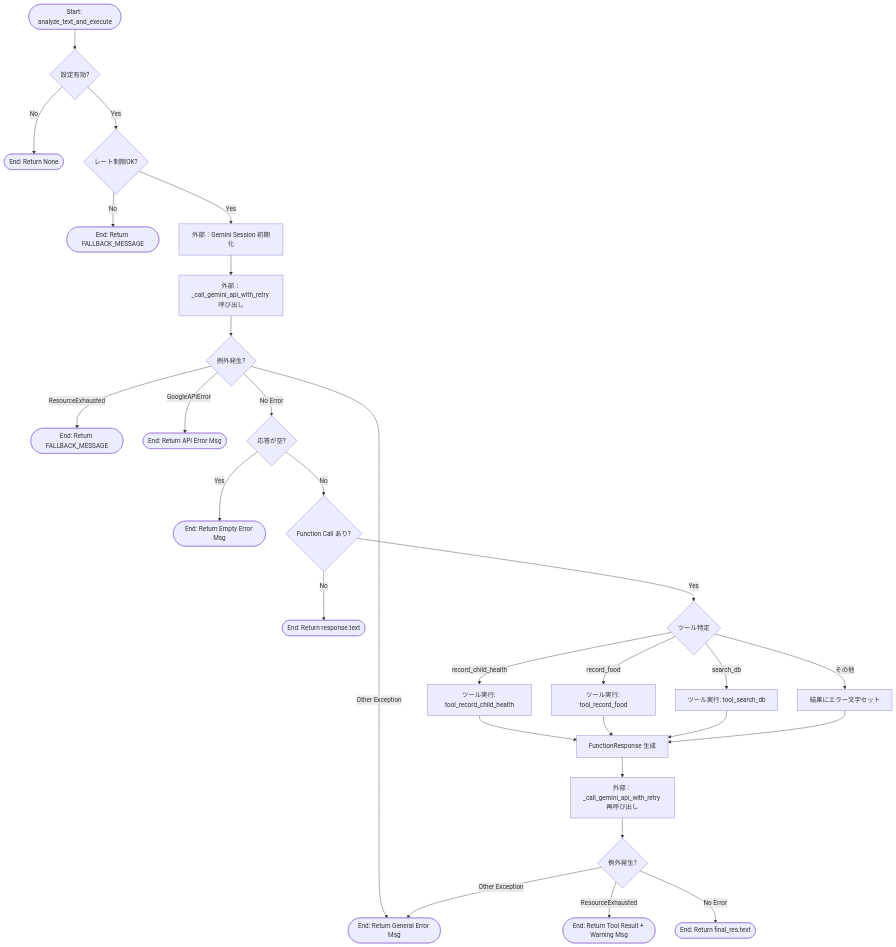
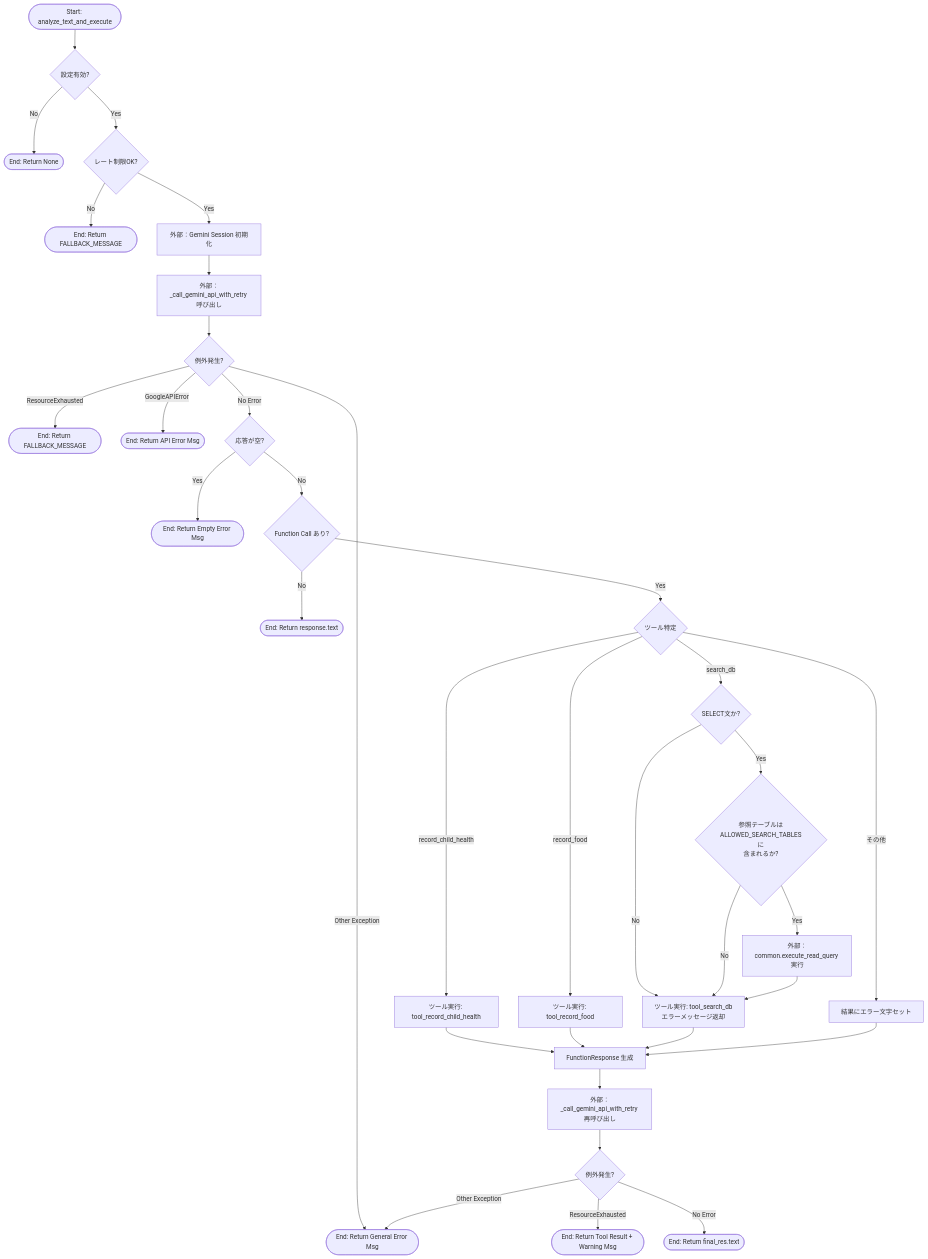
The first of 2 diagrams in docs/specifications/MY_HOME_SYSTEM/ai_service.md (mmtigers/my_python_project), drawn with Mermaid before and after one commit. The commit also changed other lines of this file and 8 other files, not shown here.

````diff
--- a/docs/specifications/MY_HOME_SYSTEM/ai_service.md
+++ b/docs/specifications/MY_HOME_SYSTEM/ai_service.md
@@ -246,40 +275,45 @@
 ```mermaid
 flowchart TD
     Start([Start: analyze_text_and_execute]) --> CheckConfig{設定有効?}
     CheckConfig -- No --> EndNone([End: Return None])
     CheckConfig -- Yes --> CheckLimit{レート制限OK?}
     
     CheckLimit -- No --> EndFallback1([End: Return FALLBACK_MESSAGE])
     CheckLimit -- Yes --> InitChat[外部：Gemini Session 初期化]
     InitChat --> CallAPI1[外部：_call_gemini_api_with_retry 呼び出し]
     
     CallAPI1 --> CheckException1{例外発生?}
     CheckException1 -- "ResourceExhausted" --> EndFallback2([End: Return FALLBACK_MESSAGE])
     CheckException1 -- "GoogleAPIError" --> EndAPIError([End: Return API Error Msg])
     CheckException1 -- "Other Exception" --> EndGeneralError([End: Return General Error Msg])
     
     CheckException1 -- "No Error" --> CheckEmpty{応答が空?}
     CheckEmpty -- Yes --> EndEmptyError([End: Return Empty Error Msg])
     CheckEmpty -- No --> CheckTool{Function Call あり?}
     
     CheckTool -- No --> ReturnText([End: Return response.text])
     
     CheckTool -- Yes --> IdentifyTool{ツール特定}
     IdentifyTool -- "record_child_health" --> RunHealth[ツール実行: tool_record_child_health]
     IdentifyTool -- "record_food" --> RunFood[ツール実行: tool_record_food]
-    IdentifyTool -- "search_db" --> RunSearch[ツール実行: tool_search_db]
+    IdentifyTool -- "search_db" --> CheckSelect{"SELECT文か?"}
+    CheckSelect -- No --> RunSearch[ツール実行: tool_search_db<br>エラーメッセージ返却]
+    CheckSelect -- Yes --> CheckTableAllowed{"参照テーブルは<br>ALLOWED_SEARCH_TABLESに<br>含まれるか?"}
+    CheckTableAllowed -- No --> RunSearch
+    CheckTableAllowed -- Yes --> RunSearchOk[外部：common.execute_read_query 実行]
+    RunSearchOk --> RunSearch
     IdentifyTool -- "その他" --> SetUnknownError[結果にエラー文字セット]
     
     RunHealth --> BuildFuncRes[FunctionResponse 生成]
     RunFood --> BuildFuncRes
     RunSearch --> BuildFuncRes
     SetUnknownError --> BuildFuncRes
     
     BuildFuncRes --> CallAPI2[外部：_call_gemini_api_with_retry 再呼び出し]
     CallAPI2 --> CheckException2{例外発生?}
     
     CheckException2 -- "ResourceExhausted" --> EndToolOnly([End: Return Tool Result + Warning Msg])
     CheckException2 -- "Other Exception" --> EndGeneralError
     CheckException2 -- "No Error" --> ReturnFinalText([End: Return final_res.text])
 
 ```
````
